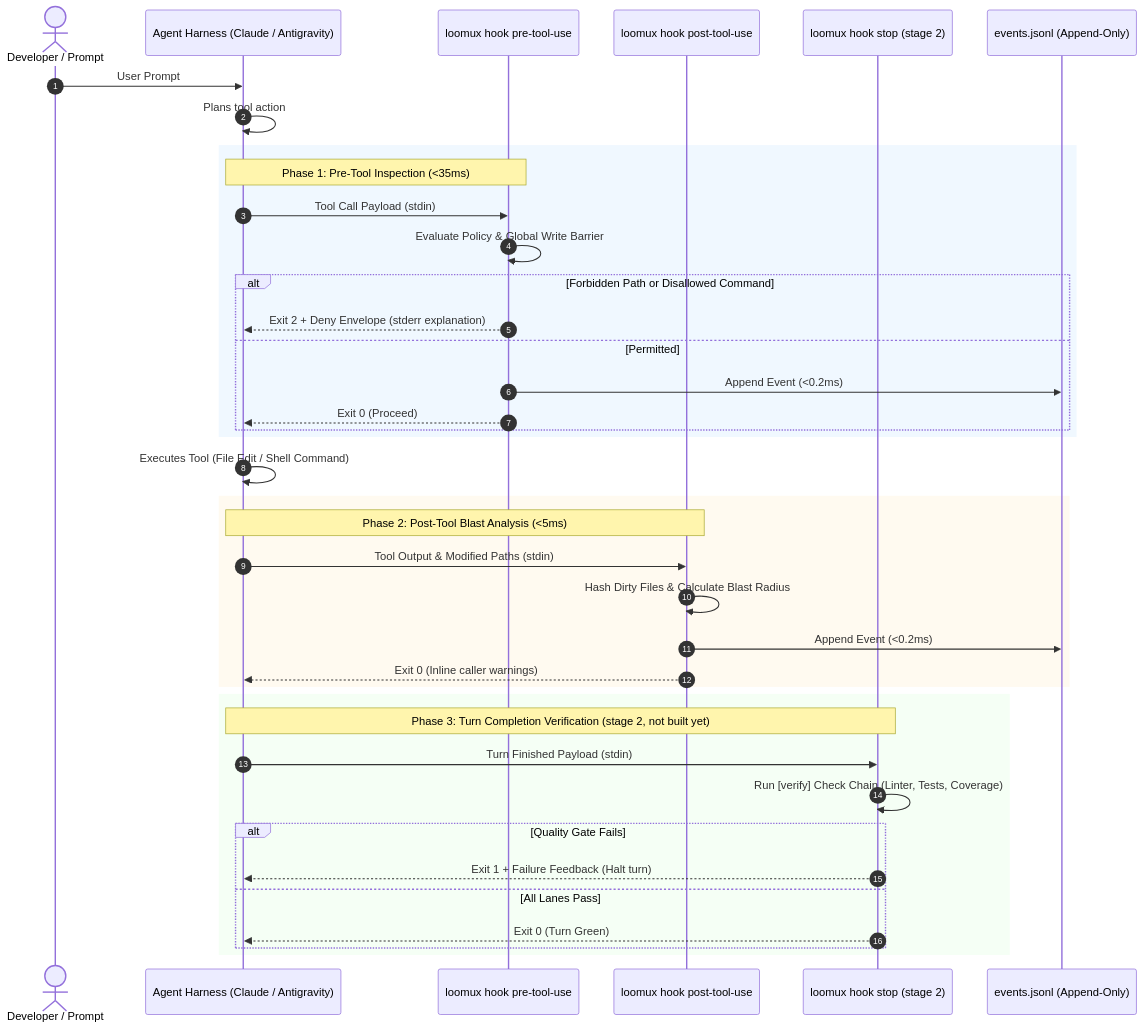
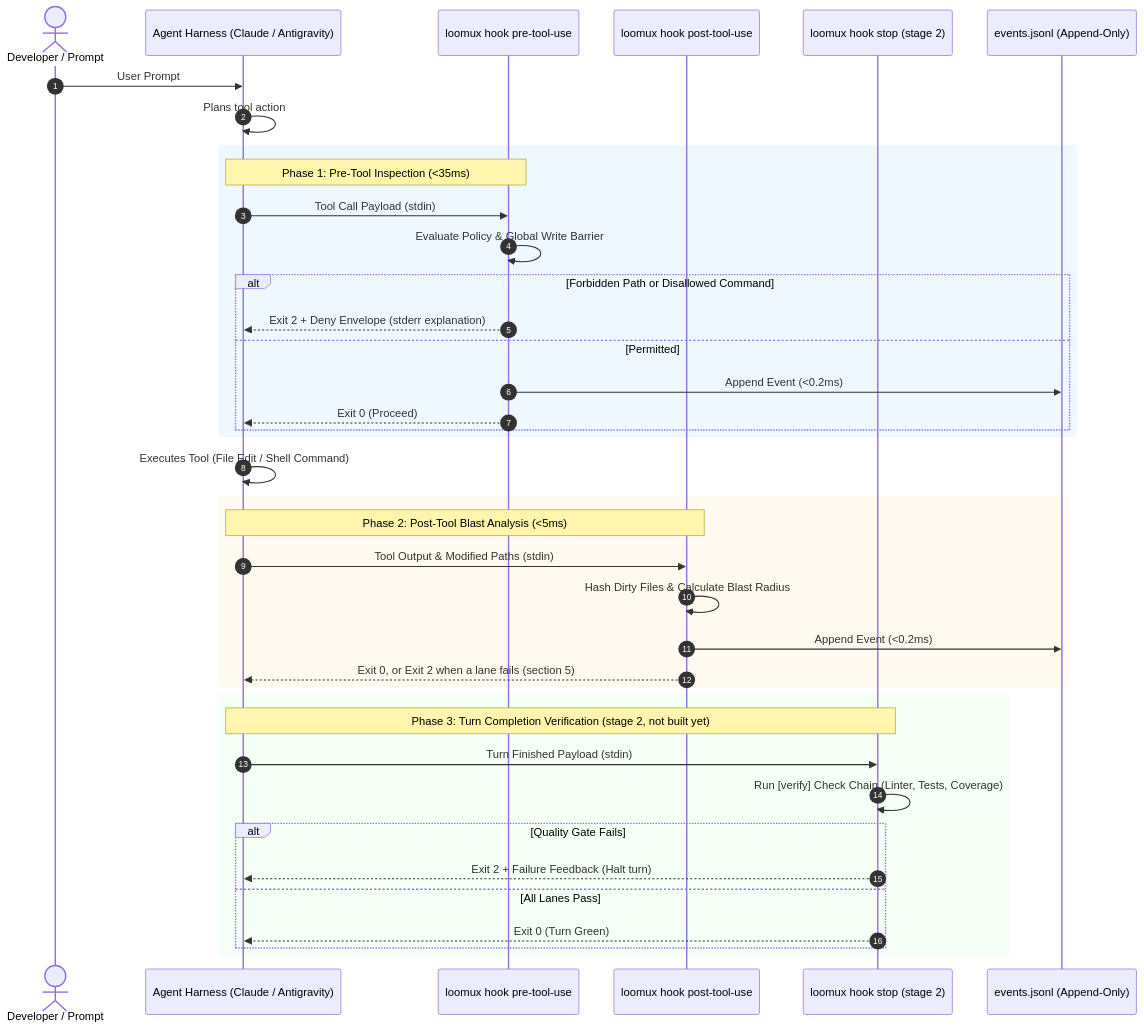
Before and after one commit to xidus90/loomux: the first of 3 diagrams in docs/en/hooks.md, drawn with Mermaid. The commit also changed 1 other file, not shown here.

Commit message:
Give the lifecycle diagram the exit codes the hooks use
post-tool-use leaves with 2 when a lane fails, and the stop gate of
stage 2 holds a turn with 2, not 1. The German worktree section calls the
missing list of junctions a register rather than a directory.

````diff
--- a/docs/en/hooks.md
+++ b/docs/en/hooks.md
@@ -11,46 +11,46 @@
 ```mermaid
 sequenceDiagram
     autonumber
     actor Dev as Developer / Prompt
     participant Host as Agent Harness (Claude / Antigravity)
     participant Pre as loomux hook pre-tool-use
     participant Post as loomux hook post-tool-use
     participant Stop as loomux hook stop (stage 2)
     participant Journal as events.jsonl (Append-Only)
 
     Dev->>Host: User Prompt
     Host->>Host: Plans tool action
 
     rect rgb(240, 248, 255)
     Note over Host,Pre: Phase 1: Pre-Tool Inspection (<35ms)
     Host->>Pre: Tool Call Payload (stdin)
     Pre->>Pre: Evaluate Policy & Global Write Barrier
     alt Forbidden Path or Disallowed Command
         Pre-->>Host: Exit 2 + Deny Envelope (stderr explanation)
     else Permitted
         Pre->>Journal: Append Event (<0.2ms)
         Pre-->>Host: Exit 0 (Proceed)
     end
     end
 
     Host->>Host: Executes Tool (File Edit / Shell Command)
 
     rect rgb(255, 250, 240)
     Note over Host,Post: Phase 2: Post-Tool Blast Analysis (<5ms)
     Host->>Post: Tool Output & Modified Paths (stdin)
     Post->>Post: Hash Dirty Files & Calculate Blast Radius
     Post->>Journal: Append Event (<0.2ms)
-    Post-->>Host: Exit 0 (Inline caller warnings)
+    Post-->>Host: Exit 0, or Exit 2 when a lane fails (section 5)
     end
 
     rect rgb(245, 255, 245)
     Note over Host,Stop: Phase 3: Turn Completion Verification (stage 2, not built yet)
     Host->>Stop: Turn Finished Payload (stdin)
     Stop->>Stop: Run [verify] Check Chain (Linter, Tests, Coverage)
     alt Quality Gate Fails
-        Stop-->>Host: Exit 1 + Failure Feedback (Halt turn)
+        Stop-->>Host: Exit 2 + Failure Feedback (Halt turn)
     else All Lanes Pass
         Stop-->>Host: Exit 0 (Turn Green)
     end
     end
 ```
````
